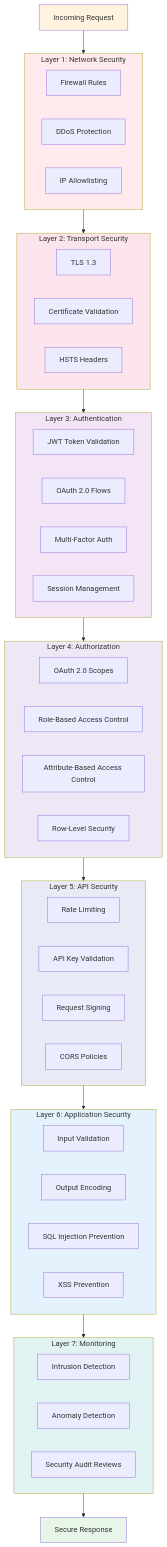
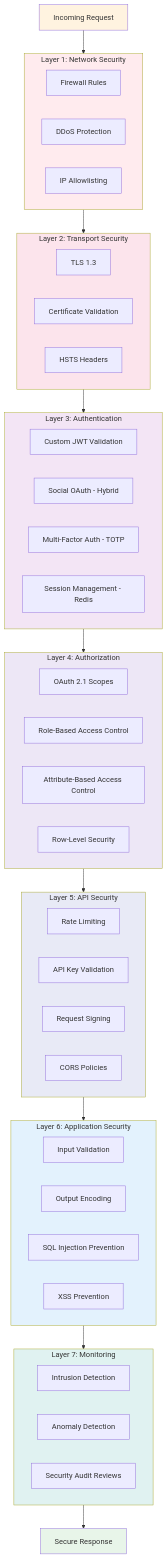
Before and after one commit to mastrolinux/final-project: the diagram in architecture/security-architecture.qmd, drawn with Mermaid. The commit also changed other lines of this file and 10 other files, not shown here.

````diff
--- a/architecture/security-architecture.qmd
+++ b/architecture/security-architecture.qmd
@@ -17,68 +17,68 @@
 ```{mermaid}
 graph TB
     Request[Incoming Request] --> L1
     
     subgraph L1["Layer 1: Network Security"]
         Firewall[Firewall Rules]
         DDoS[DDoS Protection]
         IP[IP Allowlisting]
     end
     
     subgraph L2["Layer 2: Transport Security"]
         TLS[TLS 1.3]
         Cert[Certificate Validation]
         HSTS[HSTS Headers]
     end
     
     subgraph L3["Layer 3: Authentication"]
-        JWT[JWT Token Validation]
-        OAuth[OAuth 2.0 Flows]
-        MFA[Multi-Factor Auth]
-        Session[Session Management]
+        JWT[Custom JWT Validation]
+        Social[Social OAuth - Hybrid]
+        MFA[Multi-Factor Auth - TOTP]
+        Session[Session Management - Redis]
     end
     
     subgraph L4["Layer 4: Authorization"]
-        Scopes[OAuth 2.0 Scopes]
+        Scopes[OAuth 2.1 Scopes]
         RBAC[Role-Based Access Control]
         ABAC[Attribute-Based Access Control]
         RLS[Row-Level Security]
     end
     
     subgraph L5["Layer 5: API Security"]
         RateLimit[Rate Limiting]
         APIKey[API Key Validation]
         Signing[Request Signing]
         CORS[CORS Policies]
     end
     
     subgraph L6["Layer 6: Application Security"]
         InputVal[Input Validation]
         OutputEnc[Output Encoding]
         SQLPrev[SQL Injection Prevention]
         XSSPrev[XSS Prevention]
     end
     
     subgraph L7["Layer 7: Monitoring"]
         IDS[Intrusion Detection]
         Anomaly[Anomaly Detection]
         Audit[Security Audit Reviews]
     end
     
     L1 --> L2
     L2 --> L3
     L3 --> L4
     L4 --> L5
     L5 --> L6
     L6 --> L7
     L7 --> Response[Secure Response]
     
     style L1 fill:#ffebee
     style L2 fill:#fce4ec
     style L3 fill:#f3e5f5
     style L4 fill:#ede7f6
     style L5 fill:#e8eaf6
     style L6 fill:#e3f2fd
     style L7 fill:#e0f2f1
     style Request fill:#fff3e0
     style Response fill:#e8f5e9
 ```
````
